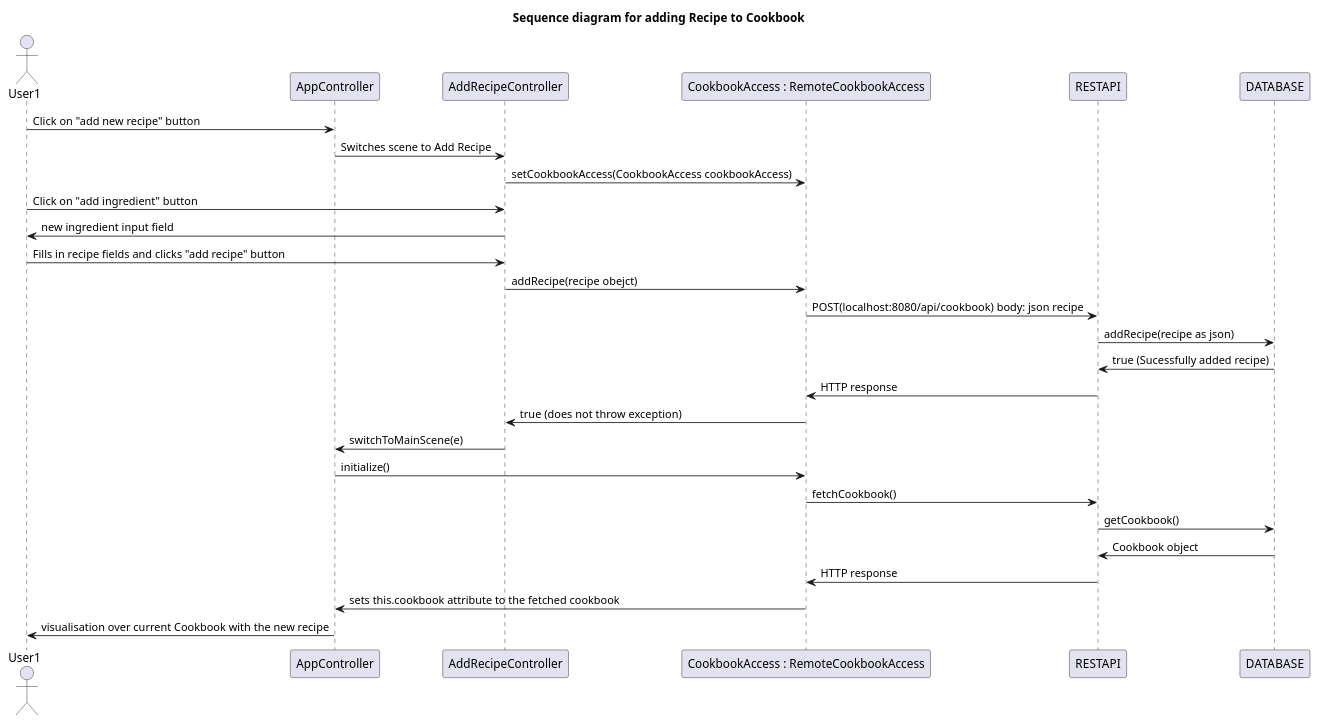
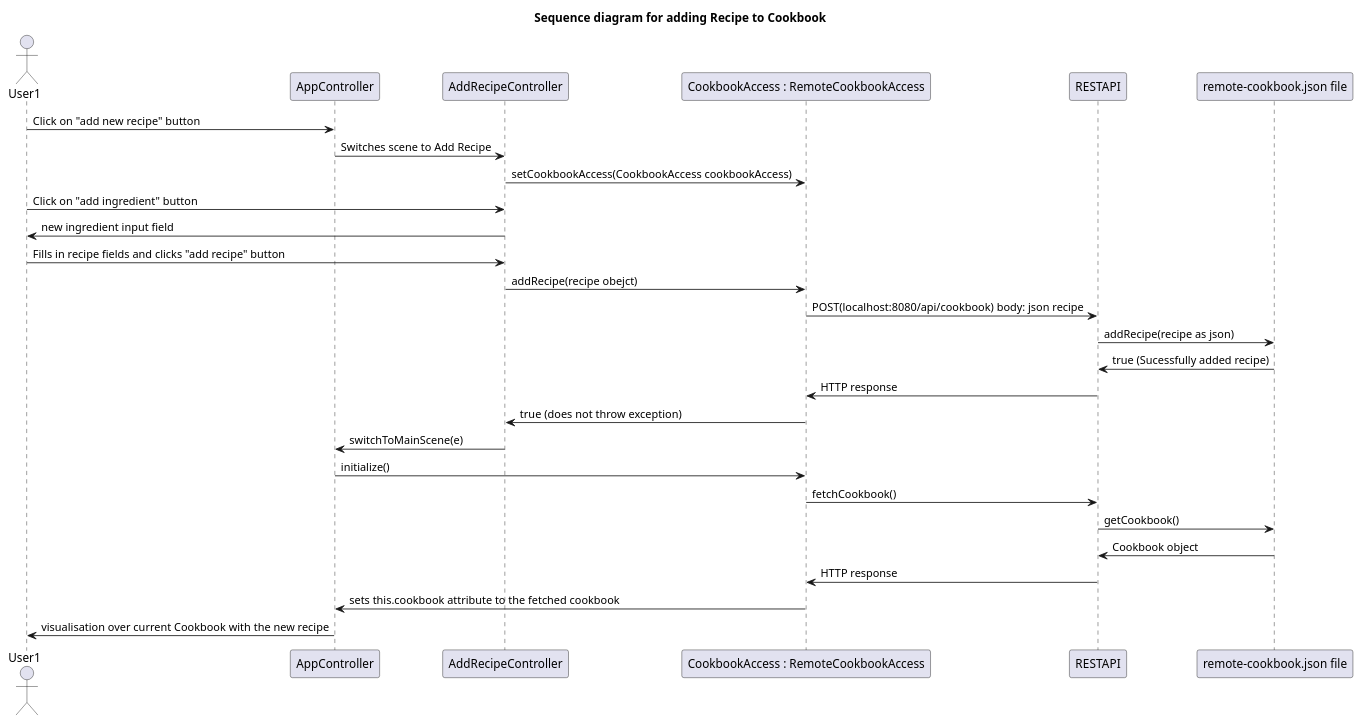
The diagram in docs/release3/diagrams/src/sequenceDiagram.puml (TobiasBorning/Cookbook), drawn with PlantUML before and after one commit. The commit also changed 1 other file, not shown here.

Commit message:
Updated from database to remote-cookbook.json file in sequence diagram

```diff
--- a/docs/release3/diagrams/src/sequenceDiagram.puml
+++ b/docs/release3/diagrams/src/sequenceDiagram.puml
@@ -1,28 +1,28 @@
 @startuml sequenceDiagram
 
 title Sequence diagram for adding Recipe to Cookbook
 
     actor User1
     User1 -> AppController: Click on "add new recipe" button
     AppController -> AddRecipeController: Switches scene to Add Recipe
     AddRecipeController -> "CookbookAccess : RemoteCookbookAccess": setCookbookAccess(CookbookAccess cookbookAccess)
     User1 -> AddRecipeController : Click on "add ingredient" button
     AddRecipeController -> User1 : new ingredient input field
     User1 -> AddRecipeController : Fills in recipe fields and clicks "add recipe" button
     AddRecipeController -> "CookbookAccess : RemoteCookbookAccess" : addRecipe(recipe obejct) 
     "CookbookAccess : RemoteCookbookAccess" -> RESTAPI: POST(localhost:8080/api/cookbook) body: json recipe
-    RESTAPI -> DATABASE : addRecipe(recipe as json)
-    DATABASE -> RESTAPI: true (Sucessfully added recipe)
+    RESTAPI -> "remote-cookbook.json file" : addRecipe(recipe as json)
+    "remote-cookbook.json file" -> RESTAPI: true (Sucessfully added recipe)
     RESTAPI -> "CookbookAccess : RemoteCookbookAccess": HTTP response
     "CookbookAccess : RemoteCookbookAccess" -> AddRecipeController: true (does not throw exception)
     AddRecipeController -> AppController : switchToMainScene(e)
 
     AppController -> "CookbookAccess : RemoteCookbookAccess": initialize()
     "CookbookAccess : RemoteCookbookAccess" -> RESTAPI: fetchCookbook()
-    RESTAPI -> DATABASE : getCookbook()
-    DATABASE -> RESTAPI: Cookbook object
+    RESTAPI -> "remote-cookbook.json file" : getCookbook()
+    "remote-cookbook.json file" -> RESTAPI: Cookbook object
     RESTAPI -> "CookbookAccess : RemoteCookbookAccess": HTTP response
     "CookbookAccess : RemoteCookbookAccess" -> AppController: sets this.cookbook attribute to the fetched cookbook
     AppController -> User1: visualisation over current Cookbook with the new recipe
     
 @enduml
```
